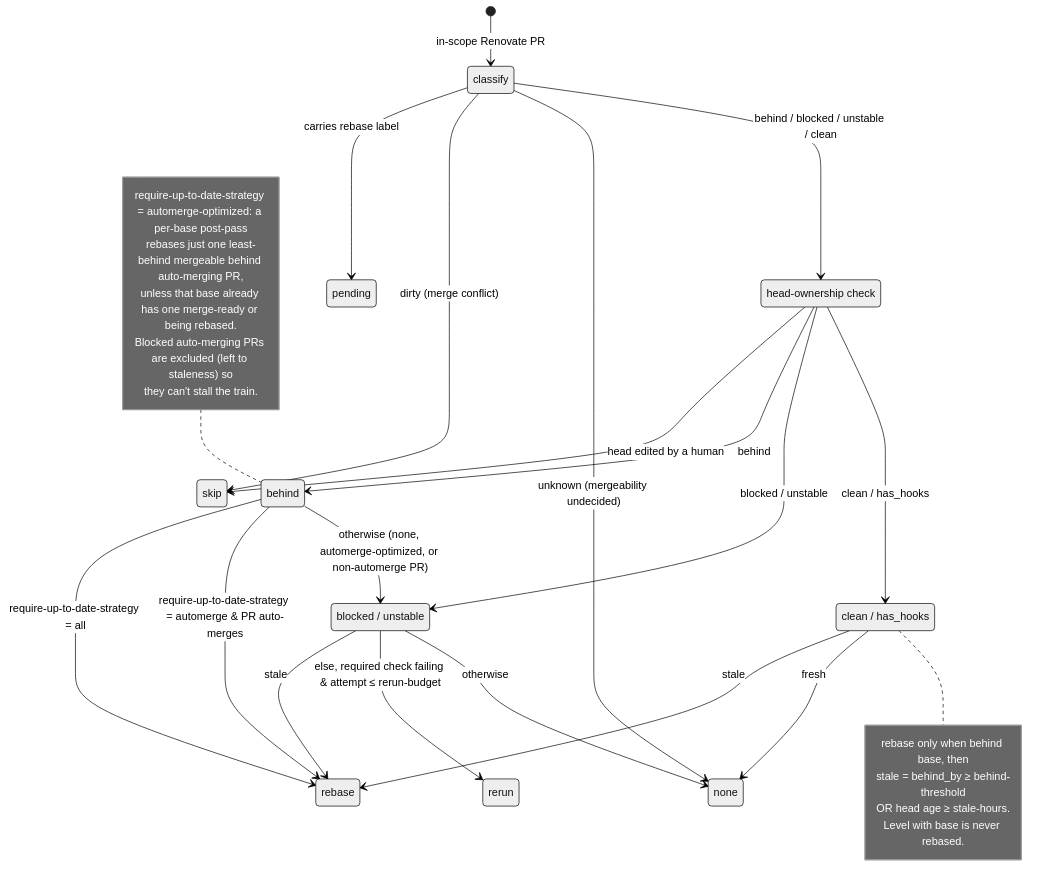
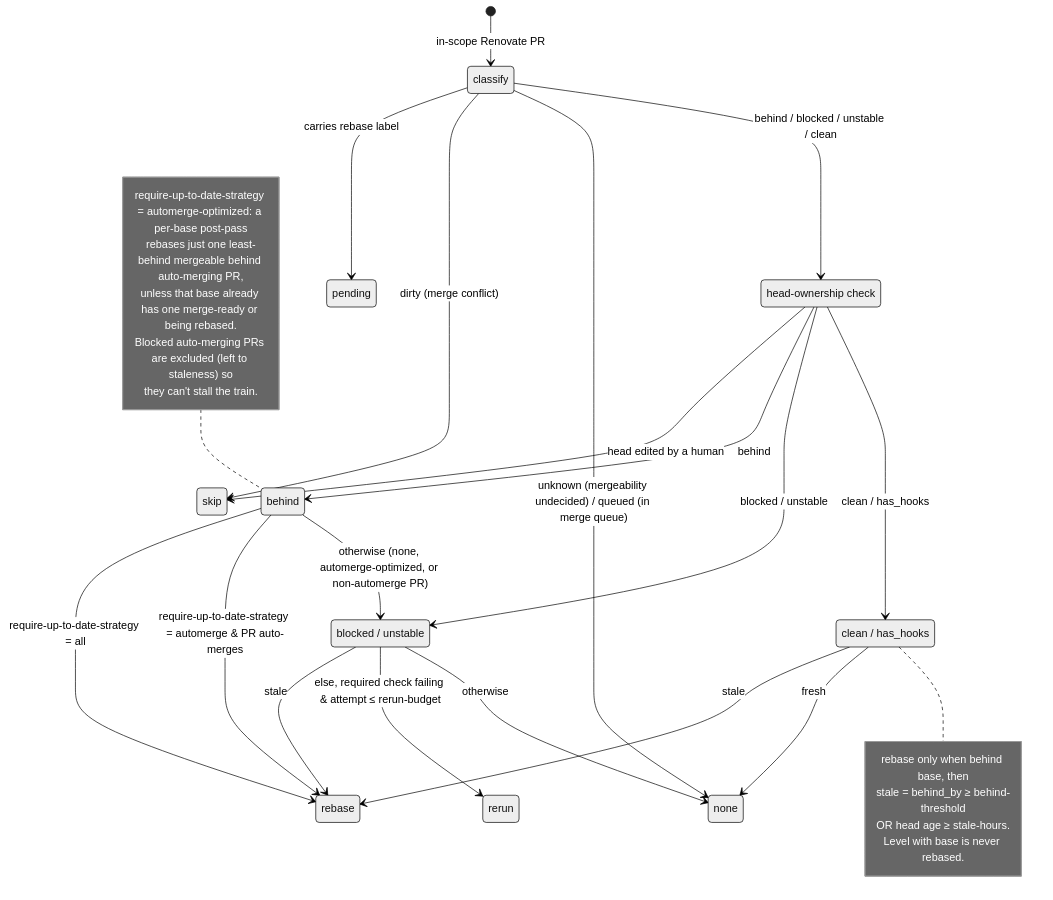
Before and after one commit to camunda/infra-global-github-actions: the diagram in renovate-pr-maintainer/README.md, drawn with Mermaid (neutral theme). The commit also changed other lines of this file and 3 other files, not shown here.

First line of the commit message:
feat(renovate-pr-maintainer): surface merge-queue state instead of unknown

````diff
--- a/renovate-pr-maintainer/README.md
+++ b/renovate-pr-maintainer/README.md
@@ -94,44 +94,44 @@
 ```mermaid
 stateDiagram-v2
     state "head-ownership check" as owned
     state "blocked / unstable" as red
     state "clean / has_hooks" as green
 
     [*] --> classify: in-scope Renovate PR
 
     classify --> pending: carries rebase label
     classify --> skip: dirty (merge conflict)
-    classify --> none: unknown (mergeability undecided)
+    classify --> none: unknown (mergeability undecided) / queued (in merge queue)
     classify --> owned: behind / blocked / unstable / clean
 
     owned --> skip: head edited by a human
     owned --> behind: behind
     owned --> red: blocked / unstable
     owned --> green: clean / has_hooks
 
     behind --> rebase: require-up-to-date-strategy = all
     behind --> rebase: require-up-to-date-strategy = automerge & PR auto-merges
     behind --> red: otherwise (none, automerge-optimized, or non-automerge PR)
 
     red --> rebase: stale
     red --> rerun: else, required check failing & attempt ≤ rerun-budget
     red --> none: otherwise
 
     green --> rebase: stale
     green --> none: fresh
 
     note right of green
         rebase only when behind base, then
         stale = behind_by ≥ behind-threshold
                 OR head age ≥ stale-hours.
                 Level with base is never rebased.
     end note
 
     note left of behind
         require-up-to-date-strategy = automerge-optimized: a per-base post-pass
         rebases just one least-behind mergeable behind auto-merging PR,
         unless that base already has one merge-ready or being rebased.
         Blocked auto-merging PRs are excluded (left to staleness) so
         they can't stall the train.
     end note
 ```
````
